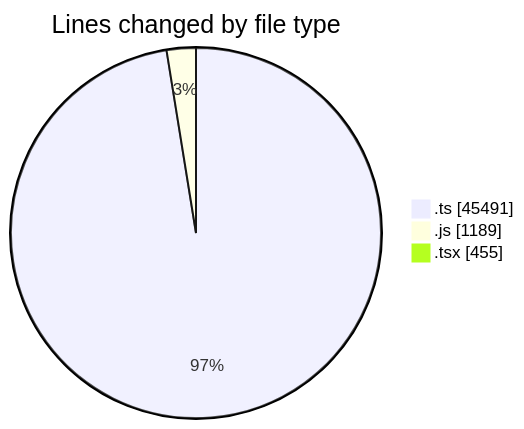
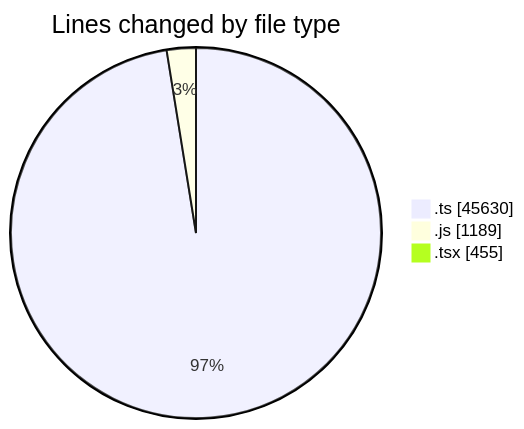
Before and after one commit to momahboobian/code-tracking: the first of 2 diagrams in 2026-11-03/cda/README.md, drawn with Mermaid. The commit also changed other lines of this file and 1 other file, not shown here.

````diff
--- a/2026-11-03/cda/README.md
+++ b/2026-11-03/cda/README.md
@@ -40,7 +40,7 @@
 ```mermaid
 pie showData
 title Lines changed by file type
-".ts" : 45491
+".ts" : 45630
 ".js" : 1189
 ".tsx" : 455
 ```
````
